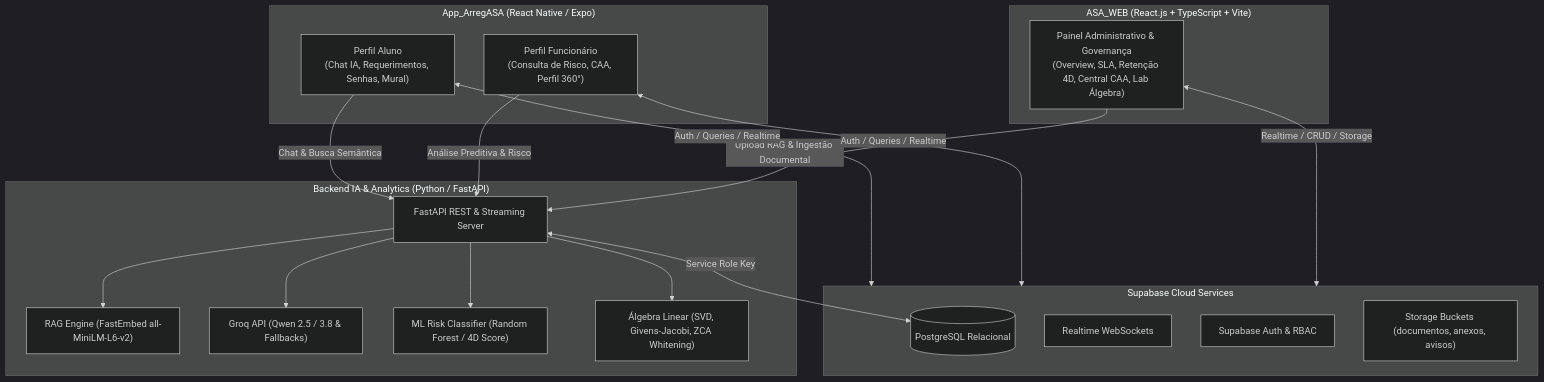
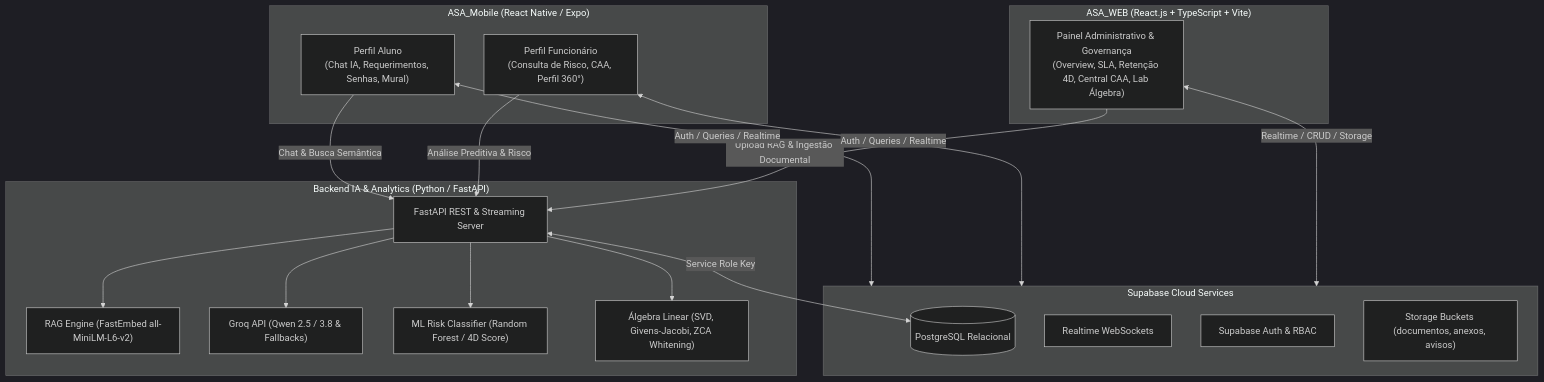
One commit to 2026-2-NCC5/Projeto1 changed the first of 2 diagrams in README.md. Above: the diagram before and after it, drawn with Mermaid (dark theme). The commit also changed other lines of this file, not shown here.

First line of the commit message:
Rename project references from 'App_ArregASA' to 'ASA_Mobile'

````diff
--- a/README.md
+++ b/README.md
@@ -61,40 +61,40 @@
 ```mermaid
 flowchart TD
-    subgraph Mobile ["App_ArregASA (React Native / Expo)"]
+    subgraph Mobile ["ASA_Mobile (React Native / Expo)"]
         M_Aluno["Perfil Aluno\n(Chat IA, Requerimentos, Senhas, Mural)"]
         M_Func["Perfil Funcionário\n(Consulta de Risco, CAA, Perfil 360°)"]
     end
 
     subgraph Web ["ASA_WEB (React.js + TypeScript + Vite)"]
         W_Admin["Painel Administrativo & Governança\n(Overview, SLA, Retenção 4D, Central CAA, Lab Álgebra)"]
     end
 
     subgraph Backend ["Backend IA & Analytics (Python / FastAPI)"]
         FastAPI["FastAPI REST & Streaming Server"]
         RAG["RAG Engine (FastEmbed all-MiniLM-L6-v2)"]
         Groq["Groq API (Qwen 2.5 / 3.8 & Fallbacks)"]
         ML["ML Risk Classifier (Random Forest / 4D Score)"]
         AL["Álgebra Linear (SVD, Givens-Jacobi, ZCA Whitening)"]
     end
 
     subgraph Cloud ["Supabase Cloud Services"]
         PG[(PostgreSQL Relacional)]
         RT["Realtime WebSockets"]
         Auth["Supabase Auth & RBAC"]
         Storage["Storage Buckets (documentos, anexos, avisos)"]
     end
 
     M_Aluno <-->|Auth / Queries / Realtime| Cloud
     M_Func <-->|Auth / Queries / Realtime| Cloud
     W_Admin <-->|Realtime / CRUD / Storage| Cloud
 
     M_Aluno -->|Chat & Busca Semântica| FastAPI
     M_Func -->|Análise Preditiva & Risco| FastAPI
     W_Admin -->|Upload RAG & Ingestão Documental| FastAPI
 
     FastAPI --> RAG
     FastAPI --> Groq
     FastAPI --> ML
     FastAPI --> AL
     FastAPI <-->|Service Role Key| PG
 ```
````
